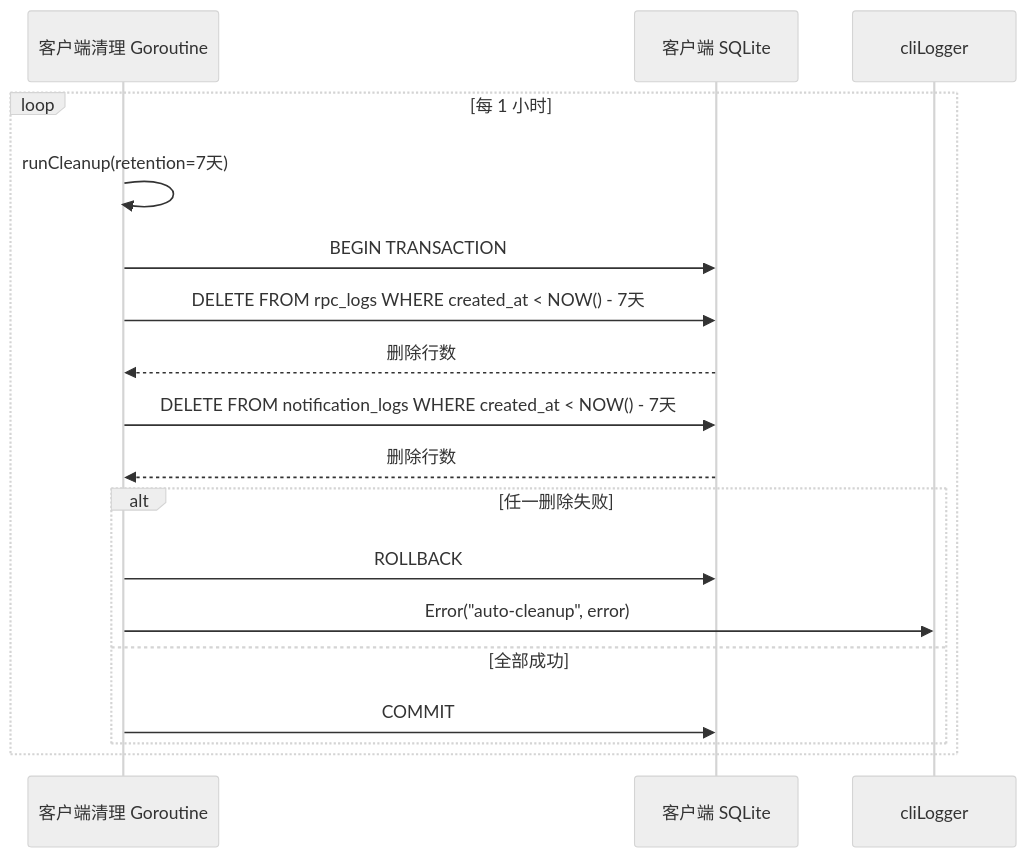
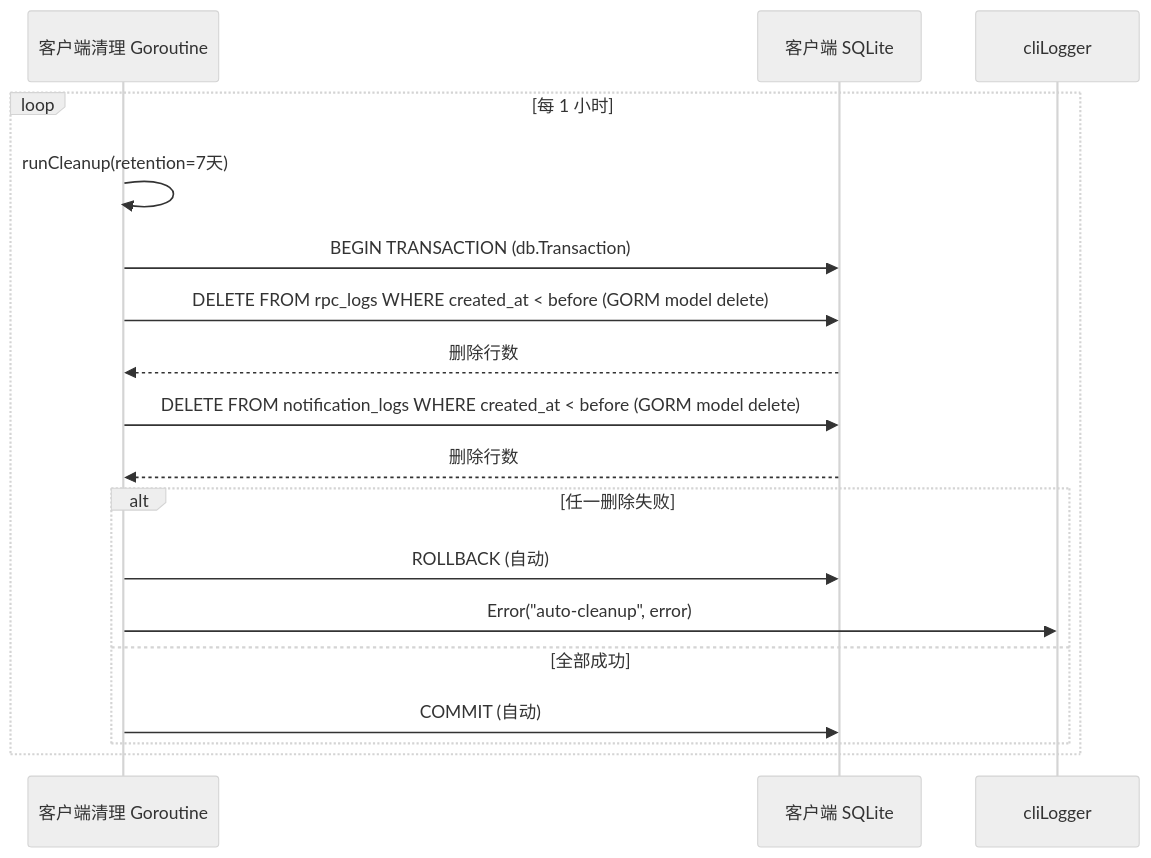
Before and after one commit to PineappleBond/xyncra-server: the sixth of 6 diagrams in wiki/flows/background-cleanup.md, drawn with Mermaid (neutral theme). The commit also changed other lines of this file and 16 other files, not shown here.

First line of the commit message:
docs(wiki): comprehensive review and fix of all flow documents

````diff
--- a/wiki/flows/background-cleanup.md
+++ b/wiki/flows/background-cleanup.md
@@ -336,24 +345,24 @@
 ```mermaid
 sequenceDiagram
     participant BG as 客户端清理 Goroutine
     participant DB as 客户端 SQLite
     participant Logger as cliLogger
 
     loop 每 1 小时
         BG->>BG: runCleanup(retention=7天)
-        BG->>DB: BEGIN TRANSACTION
+        BG->>DB: BEGIN TRANSACTION (db.Transaction)
 
-        BG->>DB: DELETE FROM rpc_logs WHERE created_at < NOW() - 7天
+        BG->>DB: DELETE FROM rpc_logs WHERE created_at < before (GORM model delete)
         DB-->>BG: 删除行数
 
-        BG->>DB: DELETE FROM notification_logs WHERE created_at < NOW() - 7天
+        BG->>DB: DELETE FROM notification_logs WHERE created_at < before (GORM model delete)
         DB-->>BG: 删除行数
 
         alt 任一删除失败
-            BG->>DB: ROLLBACK
+            BG->>DB: ROLLBACK (自动)
             BG->>Logger: Error("auto-cleanup", error)
         else 全部成功
-            BG->>DB: COMMIT
+            BG->>DB: COMMIT (自动)
         end
     end
 ```
````
